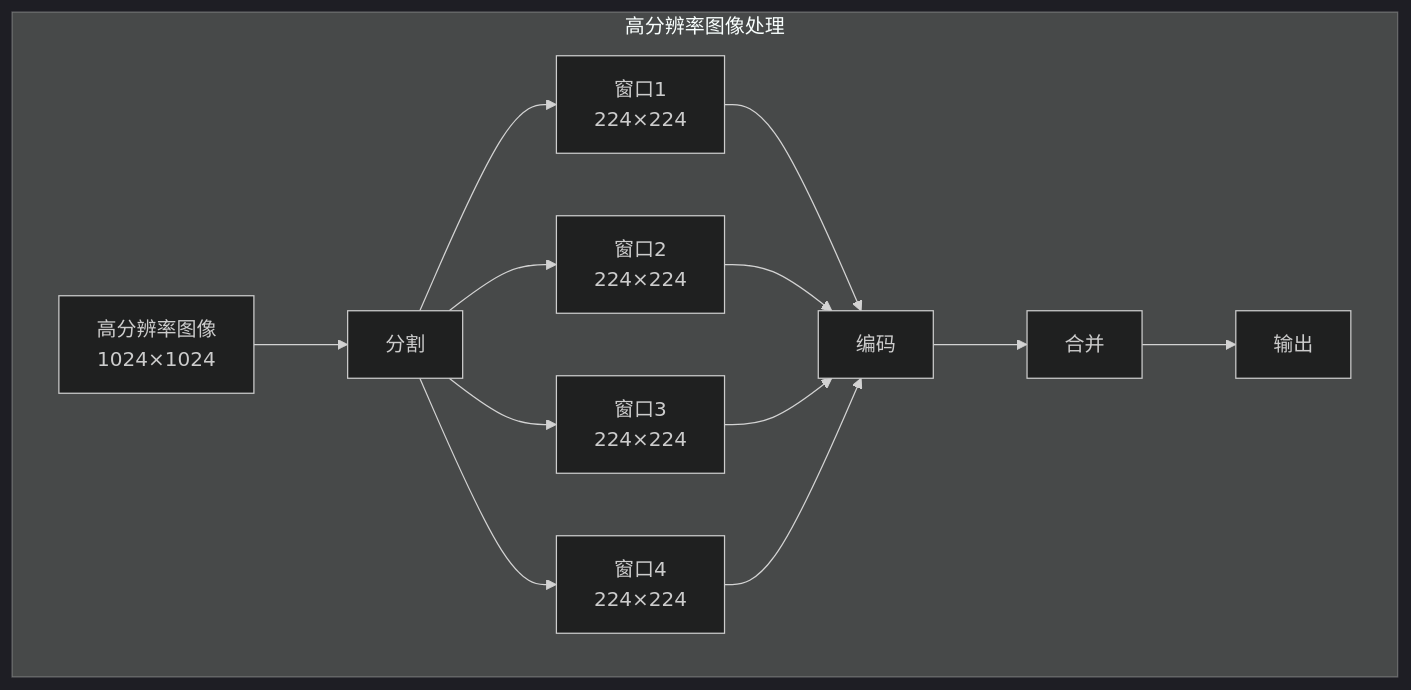
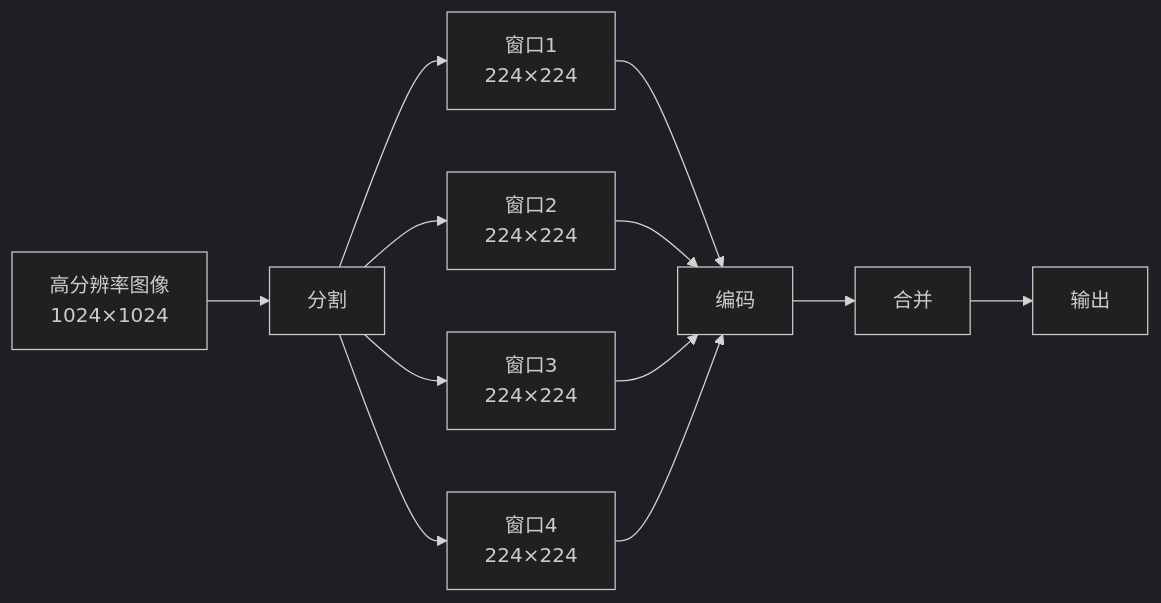
The sixth of 6 diagrams in docs/language-models/frontier/multimodal-llm.md (fenixsoft/dmla), drawn with Mermaid (dark theme) before and after one commit. The commit also changed other lines of this file and 4 other files, not shown here.

````diff
--- a/docs/language-models/frontier/multimodal-llm.md
+++ b/docs/language-models/frontier/multimodal-llm.md
@@ -685,16 +157,14 @@
-```mermaid
-graph TB
-    subgraph 高分辨率图像处理
-        I["高分辨率图像<br/>1024×1024"] --> S["分割"]
-        S --> W1["窗口1<br/>224×224"]
-        S --> W2["窗口2<br/>224×224"]
-        S --> W3["窗口3<br/>224×224"]
-        S --> W4["窗口4<br/>224×224"]
-        W1 --> E["编码"]
-        W2 --> E
-        W3 --> E
-        W4 --> E
-        E --> M["合并"]
-        M --> O["输出"]
-    end
+```mermaid compact
+graph LR
+    I["高分辨率图像<br/>1024×1024"] --> S["分割"]
+    S --> W1["窗口1<br/>224×224"]
+    S --> W2["窗口2<br/>224×224"]
+    S --> W3["窗口3<br/>224×224"]
+    S --> W4["窗口4<br/>224×224"]
+    W1 --> E["编码"]
+    W2 --> E
+    W3 --> E
+    W4 --> E
+    E --> M["合并"]
+    M --> O["输出"]
 ```
````
